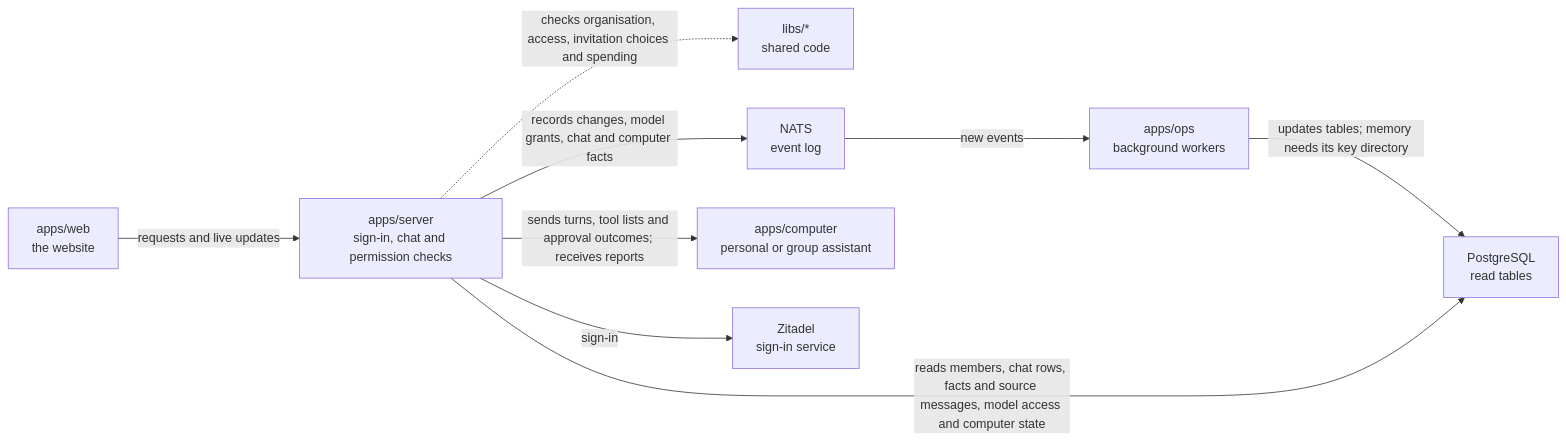
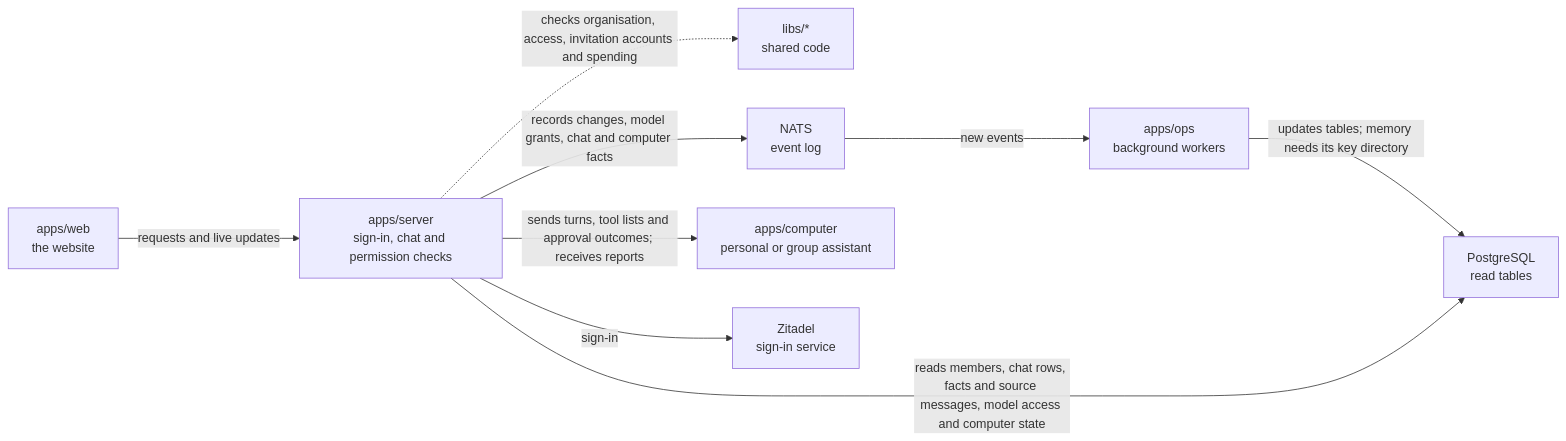
Before and after one commit to elewa-git/opencrane-new: the diagram in apps/server/README.md, drawn with Mermaid. The commit also changed other lines of this file and 14 other files, not shown here.

````diff
--- a/apps/server/README.md
+++ b/apps/server/README.md
@@ -11,11 +11,11 @@
 ```mermaid
 flowchart LR
   web["apps/web<br/>the website"] -->|requests and live updates| server["apps/server<br/>sign-in, chat and permission checks"]
-  server -.->|checks organisation, access, invitation choices and spending| libs["libs/*<br/>shared code"]
+  server -.->|checks organisation, access, invitation accounts and spending| libs["libs/*<br/>shared code"]
   server -->|records changes, model grants, chat and computer facts| nats["NATS<br/>event log"]
   nats -->|new events| ops["apps/ops<br/>background workers"]
   ops -->|updates tables; memory needs its key directory| postgres["PostgreSQL<br/>read tables"]
   server -->|reads members, chat rows, facts and source messages, model access and computer state| postgres
   server -->|sends turns, tool lists and approval outcomes; receives reports| computer["apps/computer<br/>personal or group assistant"]
   server -->|sign-in| zitadel["Zitadel<br/>sign-in service"]
 ```
````
